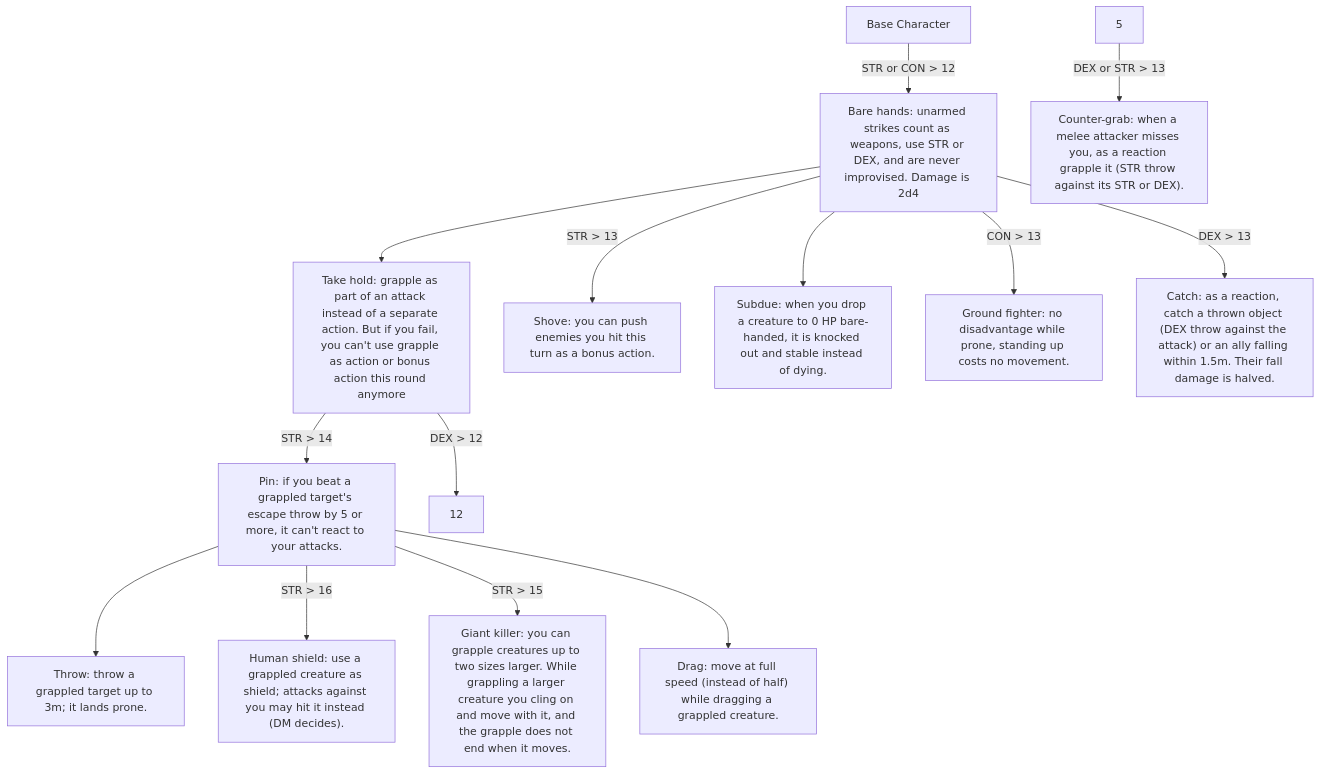
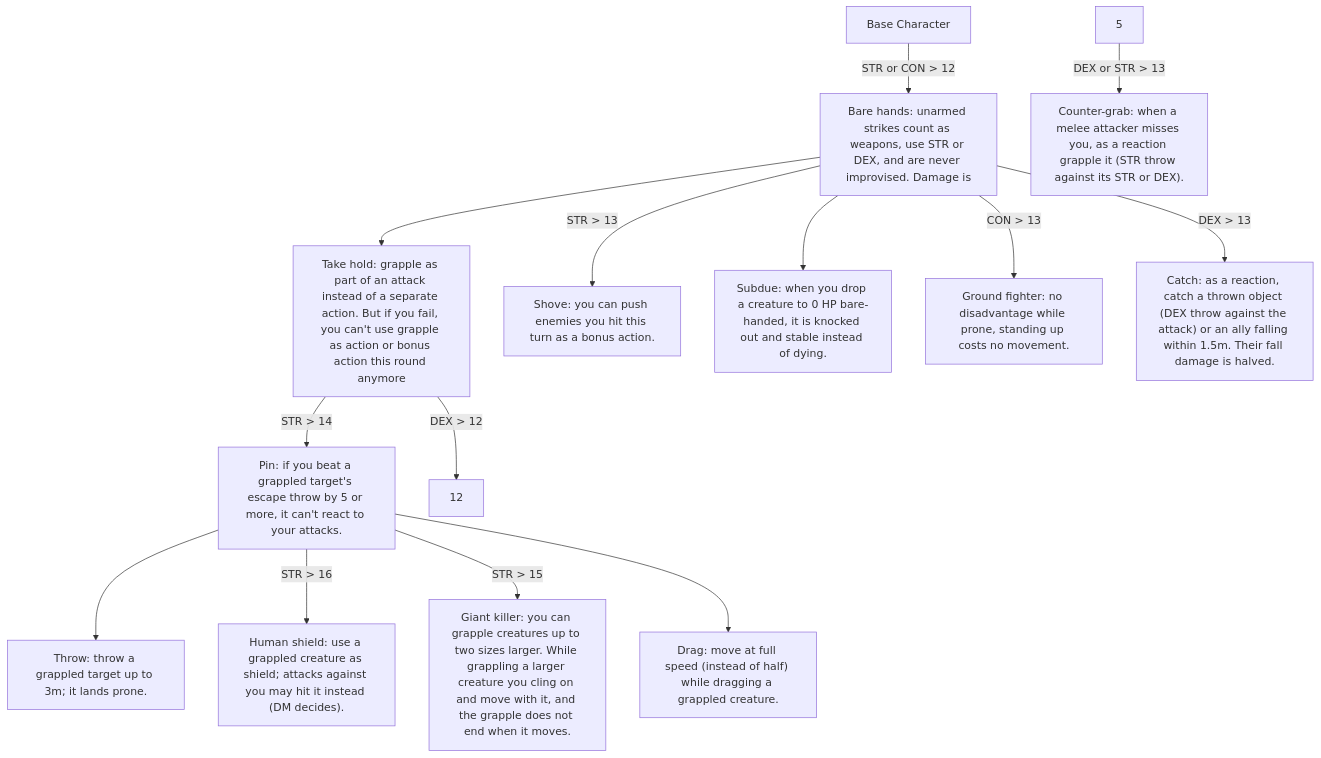
Before and after one commit to WiIdNeo/DnD-RealismHomeBrew: diagram 19 of 37 in Homebrew/Classes and Races/Classes/Class-Handbook.md, drawn with Mermaid. The commit also changed other lines of this file and 9 other files, not shown here.

````diff
--- a/Homebrew/Classes and Races/Classes/Class-Handbook.md
+++ b/Homebrew/Classes and Races/Classes/Class-Handbook.md
@@ -594,32 +617,32 @@
 ```mermaid
 flowchart TD
 
 A[Base Character]
 
-1["Bare hands: unarmed strikes count as weapons, use STR or DEX, and are never improvised. Damage is 2d4"]
+1["Bare hands: unarmed strikes count as weapons, use STR or DEX, and are never improvised. Damage is "]
 2["Take hold: grapple as part of an attack instead of a separate action. But if you fail, you can't use grapple as action or bonus action this round anymore"]
 3["Pin: if you beat a grappled target's escape throw by 5 or more, it can't react to your attacks."]
 4["Throw: throw a grappled target up to 3m; it lands prone."]
 6["Shove: you can push enemies you hit this turn as a bonus action."]
 8["Human shield: use a grappled creature as shield; attacks against you may hit it instead (DM decides)."]
 9["Subdue: when you drop a creature to 0 HP bare-handed, it is knocked out and stable instead of dying."]
 10["Counter-grab: when a melee attacker misses you, as a reaction grapple it (STR throw against its STR or DEX)."]
 11["Giant killer: you can grapple creatures up to two sizes larger. While grappling a larger creature you cling on and move with it, and the grapple does not end when it moves."]
 13["Ground fighter: no disadvantage while prone, standing up costs no movement."]
 14["Drag: move at full speed (instead of half) while dragging a grappled creature."]
 15["Catch: as a reaction, catch a thrown object (DEX throw against the attack) or an ally falling within 1.5m. Their fall damage is halved."]
 
 A -->|STR or CON > 12|1
 1 --> 2
 2 -->|STR > 14|3
 3 --> 4
 1 -->|STR > 13|6
 3 -->|STR > 16|8
 1 --> 9
 5 -->|DEX or STR > 13|10
 3 -->|STR > 15|11
 2 -->|DEX > 12|12
 1 -->|CON > 13|13
 3 --> 14
 1 -->|DEX > 13|15
 ```
````
